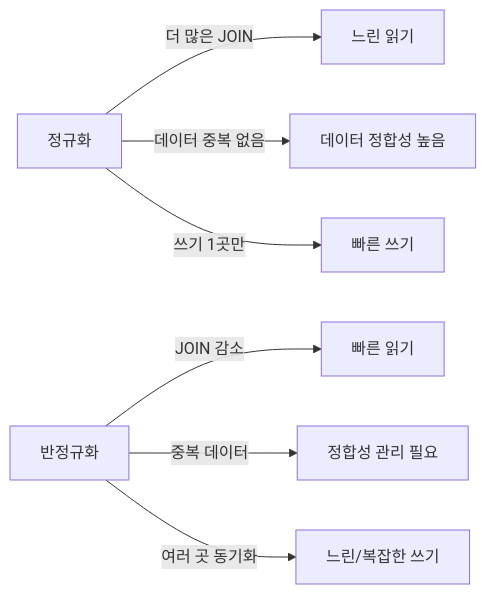
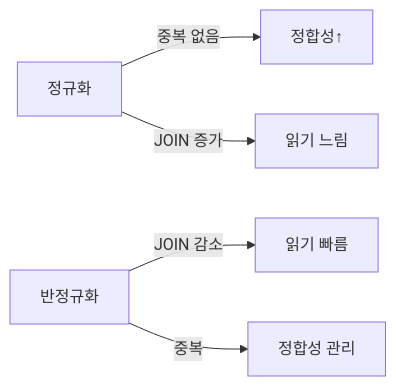
The second of 3 diagrams in _posts/db/2026-05-01-db-normalization.md (yjkim2015/yjkim2015.github.io), drawn with Mermaid before and after one commit. The commit also changed 163 other files, not shown here.

First line of the commit message:
Mermaid 300개 블록 내용 축소: 5노드 5엣지 이하, 의미 있는 약어

````diff
--- a/_posts/db/2026-05-01-db-normalization.md
+++ b/_posts/db/2026-05-01-db-normalization.md
@@ -291,9 +291,7 @@
 ```mermaid
 graph LR
-    NORM[정규화] -->|더 많은 JOIN| SLOW_READ[느린 읽기]
-    NORM -->|데이터 중복 없음| CONSIST[데이터 정합성 높음]
-    NORM -->|쓰기 1곳만| FAST_WRITE[빠른 쓰기]
-    DENORM[반정규화] -->|JOIN 감소| FAST_READ[빠른 읽기]
-    DENORM -->|중복 데이터| INCONSIST[정합성 관리 필요]
-    DENORM -->|여러 곳 동기화| SLOW_WRITE[느린/복잡한 쓰기]
+    NORM["정규화"] -->|"중복 없음"| CONSIST["정합성↑"]
+    NORM -->|"JOIN 증가"| SLOW["읽기 느림"]
+    DENORM["반정규화"] -->|"JOIN 감소"| FAST["읽기 빠름"]
+    DENORM -->|"중복"| INCONSIST["정합성 관리"]
 ```
````
